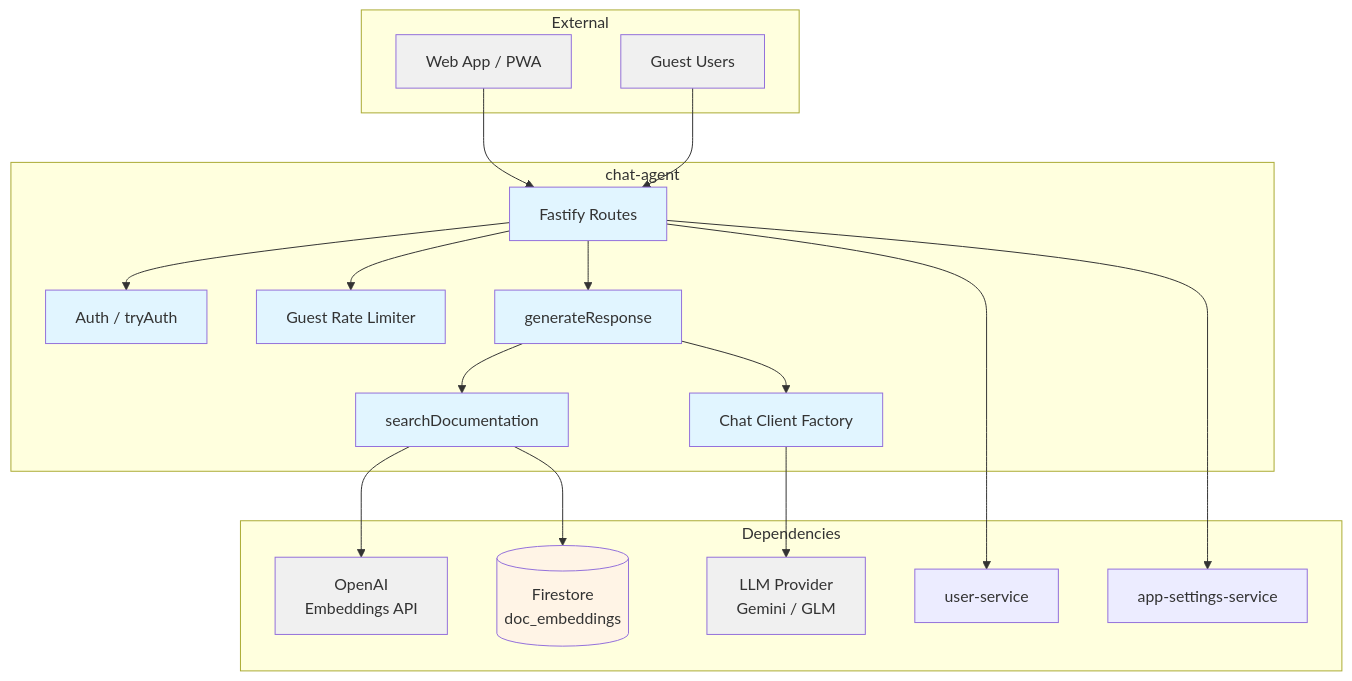
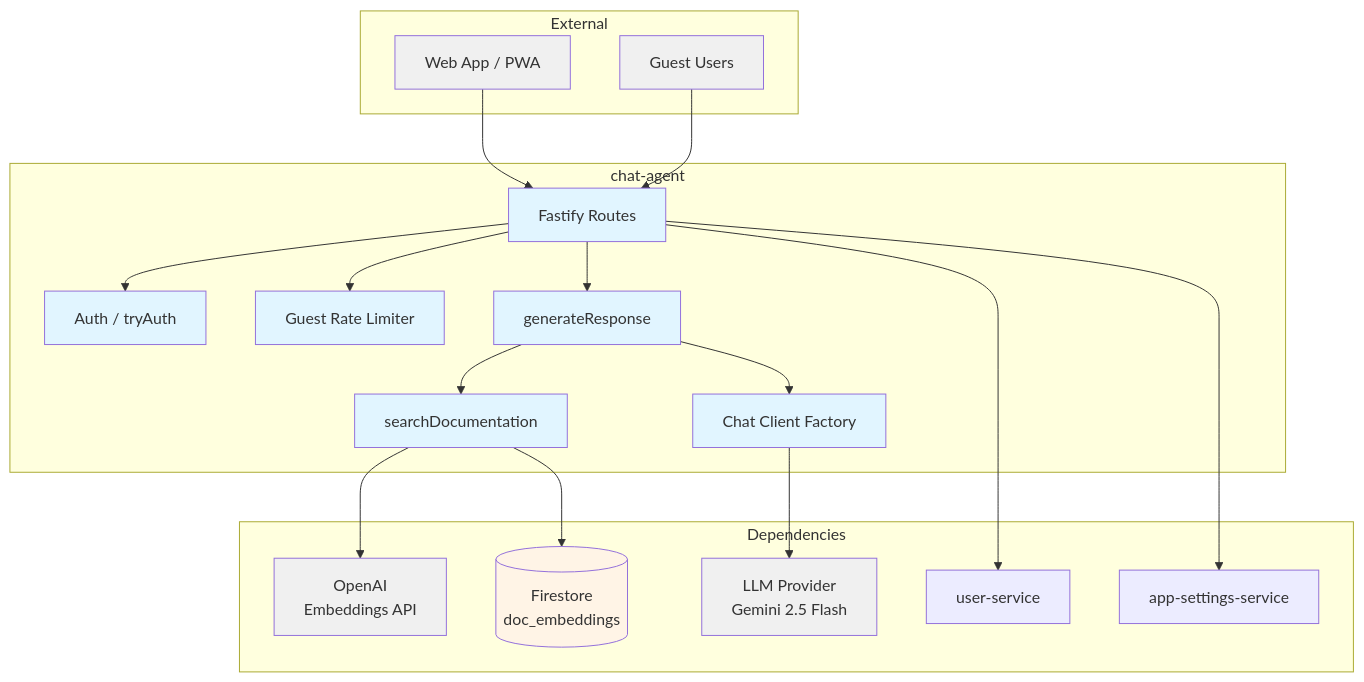
The first of 2 diagrams in docs/services/chat-agent/technical.md (pbuchman/intexuraos), drawn with Mermaid before and after one commit. The commit also changed other lines of this file and 125 other files, not shown here.

````diff
--- a/docs/services/chat-agent/technical.md
+++ b/docs/services/chat-agent/technical.md
@@ -9,45 +9,45 @@
 ```mermaid
 graph TB
     subgraph "External"
         WebApp[Web App / PWA]
         Guest[Guest Users]
     end
 
     subgraph "chat-agent"
         Routes[Fastify Routes]
         Auth[Auth / tryAuth]
         RateLimit[Guest Rate Limiter]
         GenResponse[generateResponse]
         SearchDocs[searchDocumentation]
         ChatClient[Chat Client Factory]
     end
 
     subgraph "Dependencies"
         Firestore[(Firestore<br/>doc_embeddings)]
         OpenAI[OpenAI<br/>Embeddings API]
         UserService[user-service]
         AppSettings[app-settings-service]
-        LLM[LLM Provider<br/>Gemini / GLM]
+        LLM[LLM Provider<br/>Gemini 2.5 Flash]
     end
 
     WebApp --> Routes
     Guest --> Routes
     Routes --> Auth
     Routes --> RateLimit
     Routes --> GenResponse
     GenResponse --> SearchDocs
     GenResponse --> ChatClient
     SearchDocs --> OpenAI
     SearchDocs --> Firestore
     ChatClient --> LLM
     Routes --> UserService
     Routes --> AppSettings
 
     classDef service fill:#e1f5ff
     classDef storage fill:#fff4e6
     classDef external fill:#f0f0f0
 
     class Routes,Auth,RateLimit,GenResponse,SearchDocs,ChatClient service
     class Firestore storage
     class WebApp,Guest,LLM,OpenAI external
 ```
````
